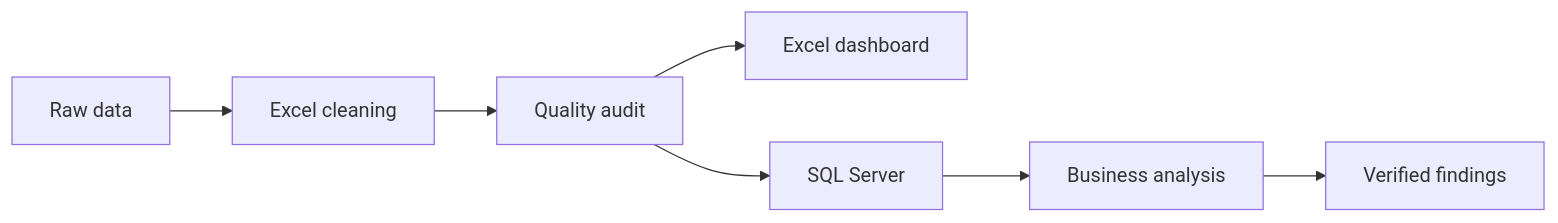
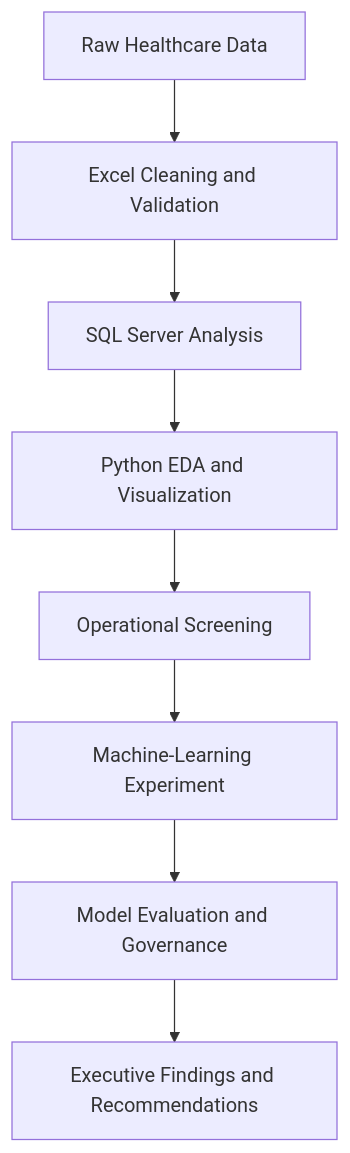
The diagram in README.md (maheshwariswamy542-spec/Hospital_operations_Analysis), drawn with Mermaid before and after one commit. The commit also changed other lines of this file, not shown here.

````diff
--- a/README.md
+++ b/README.md
@@ -35,9 +62,10 @@
 ```mermaid
-flowchart LR
-    A[Raw data] --> B[Excel cleaning]
-    B --> C[Quality audit]
-    C --> D[Excel dashboard]
-    C --> E[SQL Server]
-    E --> F[Business analysis]
-    F --> G[Verified findings]
+flowchart TD
+    A["Raw Healthcare Data"] --> B["Excel Cleaning and Validation"]
+    B --> C["SQL Server Analysis"]
+    C --> D["Python EDA and Visualization"]
+    D --> E["Operational Screening"]
+    E --> F["Machine-Learning Experiment"]
+    F --> G["Model Evaluation and Governance"]
+    G --> H["Executive Findings and Recommendations"]
 ```
````
